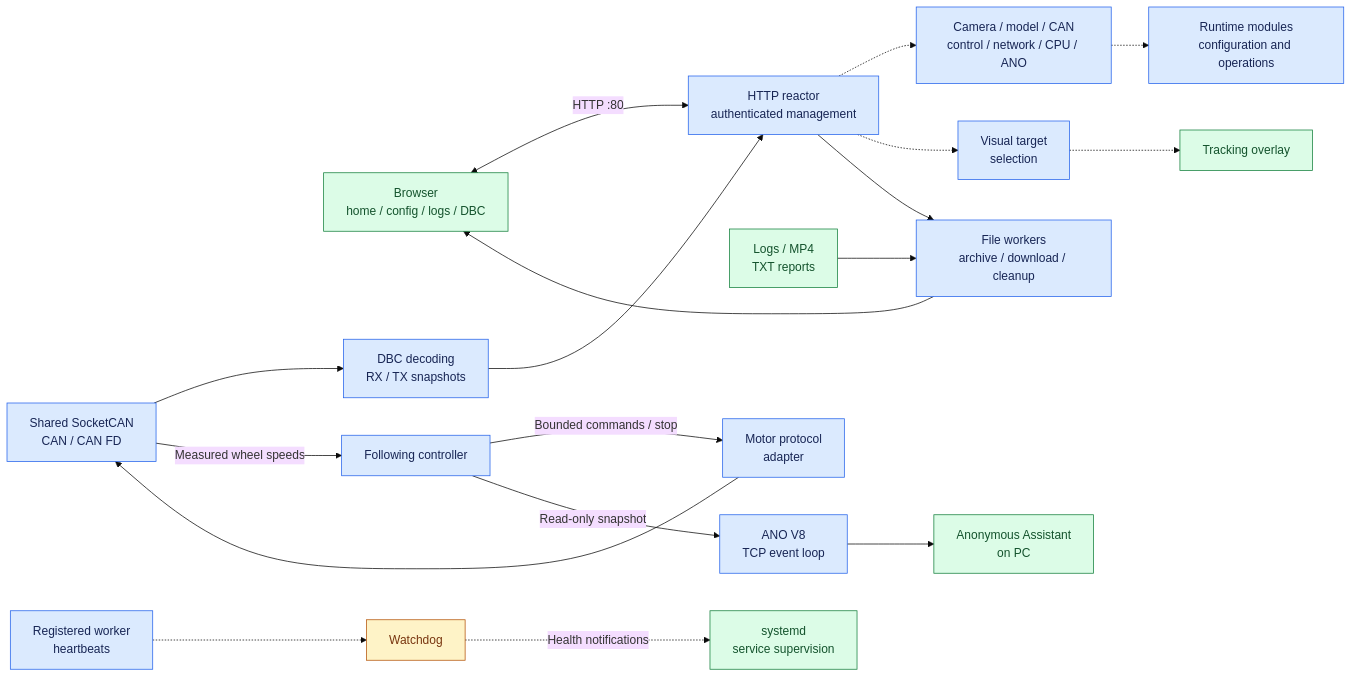
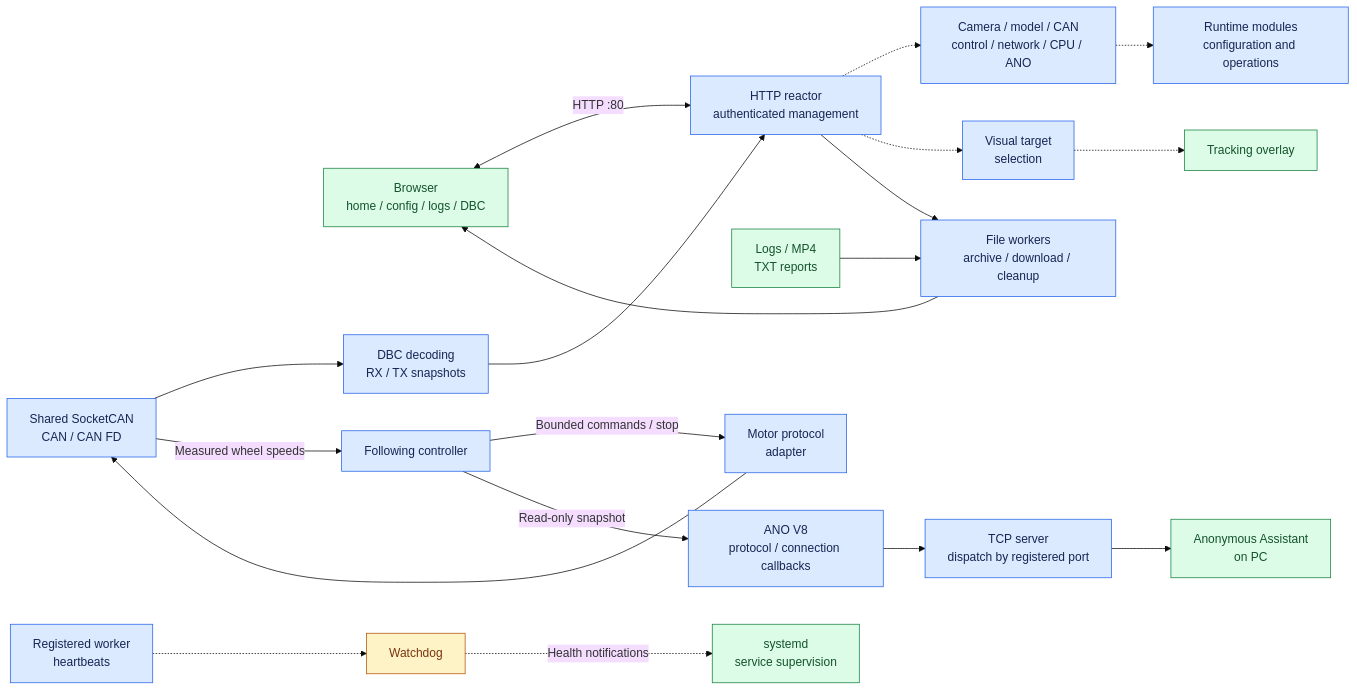
The third of 7 diagrams in README.md (qianruo-orange/autonomous-driving-car), drawn with Mermaid (base theme) before and after one commit. The commit also changed other lines of this file and 26 other files, not shown here.

Commit message:
Route TCP by port and CAN by interface; separate protocol and frontend features

````diff
--- a/README.md
+++ b/README.md
@@ -69,26 +69,27 @@
 ```mermaid
 flowchart LR
     Browser["Browser<br/>home / config / logs / DBC"] <-->|HTTP :80| HTTP["HTTP reactor<br/>authenticated management"]
     HTTP -.-> Settings["Camera / model / CAN<br/>control / network / CPU / ANO"]
     Settings -.-> Modules["Runtime modules<br/>configuration and operations"]
     HTTP -.-> Select["Visual target<br/>selection"]
     Select -.-> Overlay["Tracking overlay"]
     HTTP --> Files["File workers<br/>archive / download / cleanup"]
     Storage["Logs / MP4<br/>TXT reports"] --> Files
     Files --> Browser
     CAN["Shared SocketCAN<br/>CAN / CAN FD"] --> DBC["DBC decoding<br/>RX / TX snapshots"]
     DBC --> HTTP
     CAN -->|Measured wheel speeds| Follow["Following controller"]
     Follow -->|Bounded commands / stop| Adapter["Motor protocol<br/>adapter"]
     Adapter --> CAN
-    Follow -->|Read-only snapshot| ANO["ANO V8<br/>TCP event loop"]
-    ANO --> PC["Anonymous Assistant<br/>on PC"]
+    Follow -->|Read-only snapshot| ANO["ANO V8<br/>protocol / connection callbacks"]
+    ANO --> TCP["TCP server<br/>dispatch by registered port"]
+    TCP --> PC["Anonymous Assistant<br/>on PC"]
     Workers["Registered worker<br/>heartbeats"] -.-> Watchdog["Watchdog"]
     Watchdog -.->|Health notifications| Systemd["systemd<br/>service supervision"]
     classDef process fill:#dbeafe,stroke:#2563eb,color:#172554
     classDef output fill:#dcfce7,stroke:#15803d,color:#14532d
     classDef check fill:#fef3c7,stroke:#b45309,color:#78350f
-    class HTTP,Settings,Modules,Select,Files,CAN,DBC,Follow,Adapter,ANO,Workers process
+    class HTTP,Settings,Modules,Select,Files,CAN,DBC,Follow,Adapter,ANO,TCP,Workers process
     class Browser,Overlay,Storage,PC,Systemd output
     class Watchdog check
 ```
````
